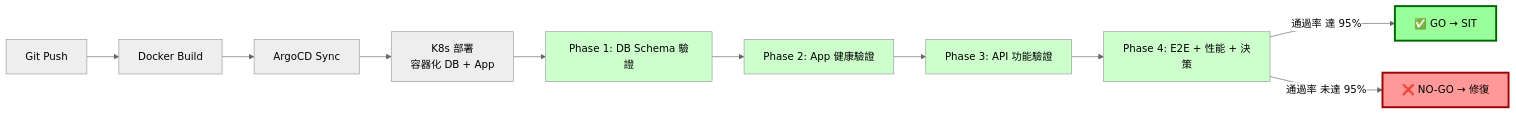
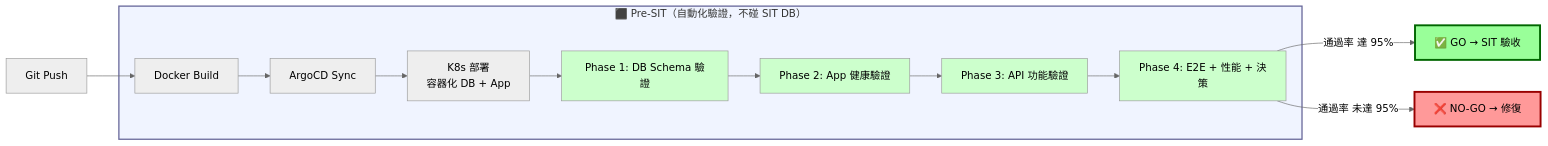
Before and after one commit to ChunPingWang/pre-site-tutorial: the second of 16 diagrams in README.md, drawn with Mermaid (neutral theme). The commit also changed other lines of this file, not shown here.

Commit message:
docs(readme): §1.2 與 §2.2 明確標示 Phase 1-4 屬於 Pre-SIT
- §1.2 流程圖加上 Pre-SIT subgraph 邊界框，
  Phase 1-4 全部包在內，GO/NO-GO 箭頭才指向 SIT 驗收
- §2.2 Phase 依賴鏈加上「Pre-SIT namespace」subgraph，
  明確說明四個 Phase 全在 pre-sit namespace 執行

````diff
--- a/README.md
+++ b/README.md
@@ -69,19 +69,24 @@
 ```mermaid
 flowchart LR
     A[Git Push] --> B[Docker Build]
-    B --> C[ArgoCD Sync]
-    C --> D[K8s 部署<br/>容器化 DB + App]
-    D --> E[Phase 1: DB Schema 驗證]
-    E --> F[Phase 2: App 健康驗證]
-    F --> G[Phase 3: API 功能驗證]
-    G --> H[Phase 4: E2E + 性能 + 決策]
-    H -->|通過率 達 95%| I[✅ GO → SIT]
+
+    subgraph PRESIT["⬛ Pre-SIT（自動化驗證，不碰 SIT DB）"]
+        B --> C[ArgoCD Sync]
+        C --> D[K8s 部署<br/>容器化 DB + App]
+        D --> E[Phase 1: DB Schema 驗證]
+        E --> F[Phase 2: App 健康驗證]
+        F --> G[Phase 3: API 功能驗證]
+        G --> H[Phase 4: E2E + 性能 + 決策]
+    end
+
+    H -->|通過率 達 95%| I[✅ GO → SIT 驗收]
     H -->|通過率 未達 95%| J[❌ NO-GO → 修復]
 
+    style PRESIT fill:#f0f4ff,stroke:#669,stroke-width:2px
     style E fill:#cfc
     style F fill:#cfc
     style G fill:#cfc
     style H fill:#cfc
     style I fill:#9f9,stroke:#060,stroke-width:3px
     style J fill:#f99,stroke:#900,stroke-width:3px
 ```
````
